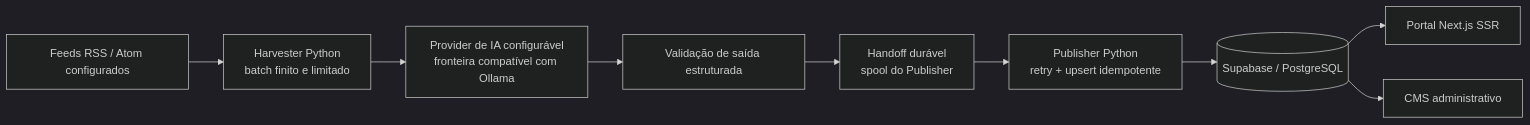
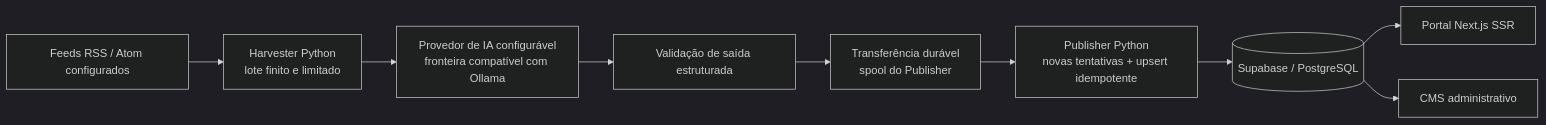
One commit to Gyliardson/little-mere-news changed the diagram in docs/i18n/pt-BR/README.md. Above: the diagram before and after it, drawn with Mermaid (dark theme). The commit also changed other lines of this file and 2 other files, not shown here.

````diff
--- a/docs/i18n/pt-BR/README.md
+++ b/docs/i18n/pt-BR/README.md
@@ -41,11 +41,11 @@
 ```mermaid
 flowchart LR
-    Feeds["Feeds RSS / Atom configurados"] --> Harvester["Harvester Python<br/>batch finito e limitado"]
-    Harvester --> AI["Provider de IA configurável<br/>fronteira compatível com Ollama"]
+    Feeds["Feeds RSS / Atom configurados"] --> Harvester["Harvester Python<br/>lote finito e limitado"]
+    Harvester --> AI["Provedor de IA configurável<br/>fronteira compatível com Ollama"]
     AI --> Validate["Validação de saída estruturada"]
-    Validate --> Queue["Handoff durável<br/>spool do Publisher"]
-    Queue --> Publisher["Publisher Python<br/>retry + upsert idempotente"]
+    Validate --> Queue["Transferência durável<br/>spool do Publisher"]
+    Queue --> Publisher["Publisher Python<br/>novas tentativas + upsert idempotente"]
     Publisher --> DB[(Supabase / PostgreSQL)]
     DB --> Portal["Portal Next.js SSR"]
     DB --> CMS["CMS administrativo"]
 ```
````
